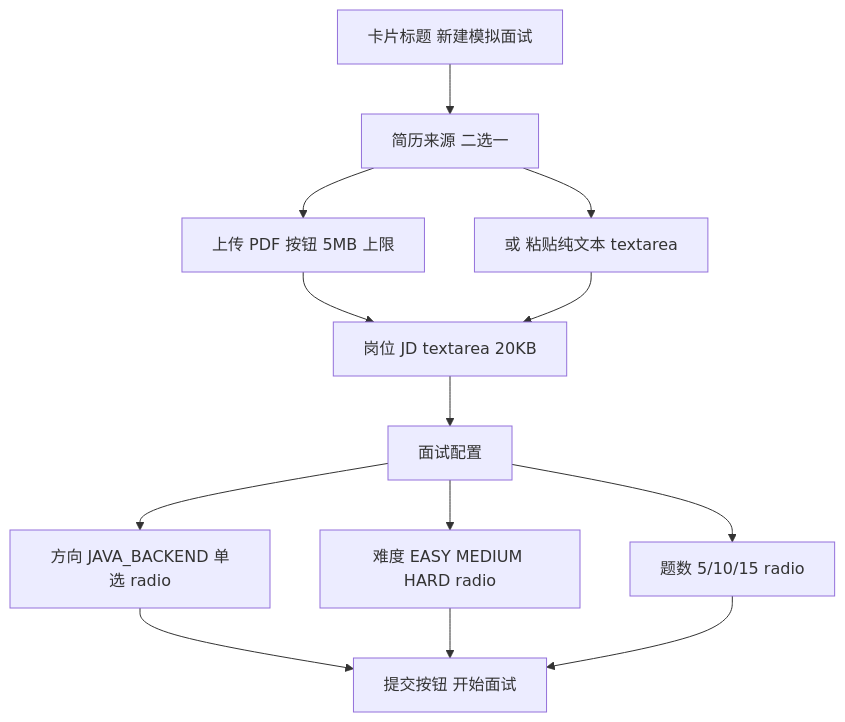
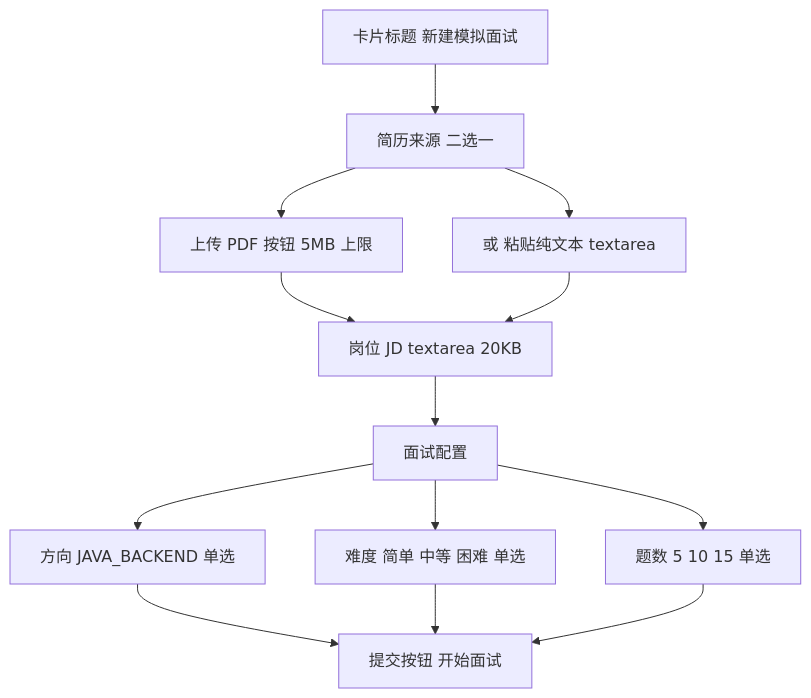
Before and after one commit to Sakura-hexo/mockInterview: the third of 6 diagrams in .agentdocs/plans/2026-10-29/AI模拟面试平台-前端页面-优化方案.md, drawn with Mermaid. The commit also changed other lines of this file and 43 other files, not shown here.

````diff
--- a/.agentdocs/plans/2026-10-29/AI模拟面试平台-前端页面-优化方案.md
+++ b/.agentdocs/plans/2026-10-29/AI模拟面试平台-前端页面-优化方案.md
@@ -103,12 +101,12 @@
 ```mermaid
 flowchart TB
     A[卡片标题 新建模拟面试] --> B[简历来源 二选一]
     B --> B1[上传 PDF 按钮 5MB 上限]
     B --> B2[或 粘贴纯文本 textarea]
     B1 & B2 --> C[岗位 JD textarea 20KB]
     C --> D[面试配置]
-    D --> D1[方向 JAVA_BACKEND 单选 radio]
-    D --> D2[难度 EASY MEDIUM HARD radio]
-    D --> D3[题数 5/10/15 radio]
+    D --> D1[方向 JAVA_BACKEND 单选]
+    D --> D2[难度 简单 中等 困难 单选]
+    D --> D3[题数 5 10 15 单选]
     D1 & D2 & D3 --> E[提交按钮 开始面试]
 ```
````
